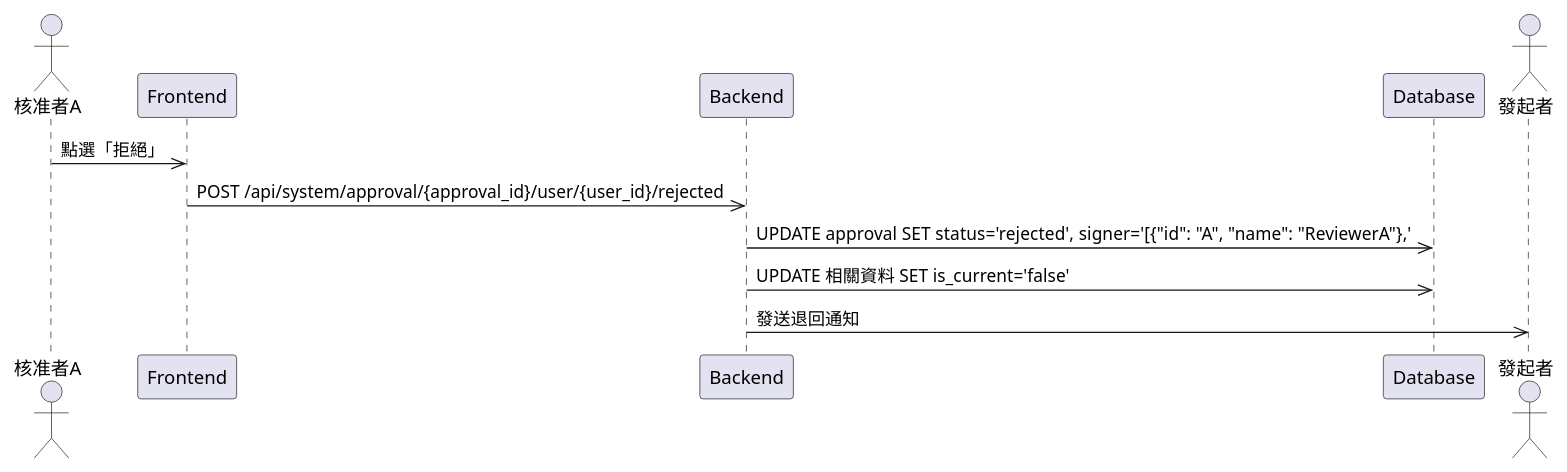
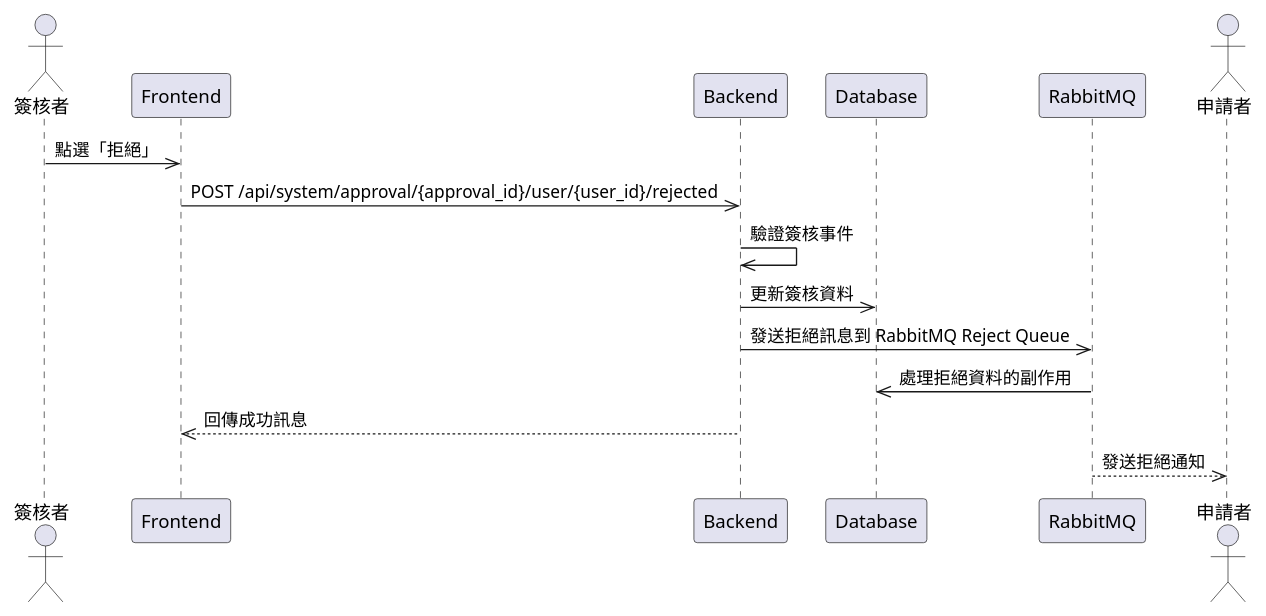
Before and after one commit to walle45611/NTUB_SecuManag_Diagram: the diagram in plantUML/sequence/approval_reject.puml, drawn with PlantUML. The commit also changed 18 other files, not shown here.

First line of the commit message:
(modify): 循序圖調整 (#73)

```diff
--- a/plantUML/sequence/approval_reject.puml
+++ b/plantUML/sequence/approval_reject.puml
@@ -1,13 +1,19 @@
 @startuml
-actor ReviewerA as "核准者A"
+actor Reviewer as "簽核者"
+
 participant Frontend
 participant Backend
 participant Database
-actor User as "發起者"
+participant RabbitMQ
+actor User as "申請者"
 
-ReviewerA ->> Frontend: 點選「拒絕」
+Reviewer ->> Frontend: 點選「拒絕」
 Frontend ->> Backend: POST /api/system/approval/{approval_id}/user/{user_id}/rejected
-Backend ->> Database: UPDATE approval SET status='rejected', signer='[{"id": "A", "name": "ReviewerA"},'
-Backend ->> Database: UPDATE 相關資料 SET is_current='false'
-Backend ->> User: 發送退回通知
+Backend ->> Backend: 驗證簽核事件
+Backend ->> Database: 更新簽核資料
+Backend ->> RabbitMQ: 發送拒絕訊息到 RabbitMQ Reject Queue
+RabbitMQ ->> Database: 處理拒絕資料的副作用
+Backend -->> Frontend: 回傳成功訊息
+RabbitMQ -->> User: 發送拒絕通知
+
 @enduml
```
